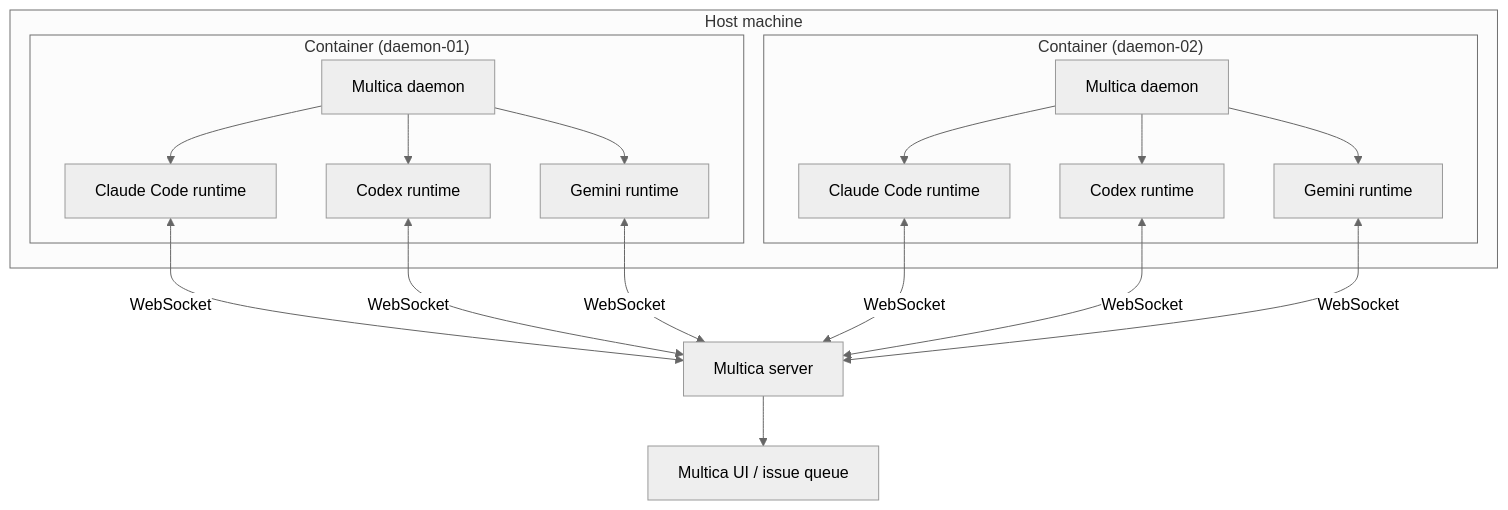
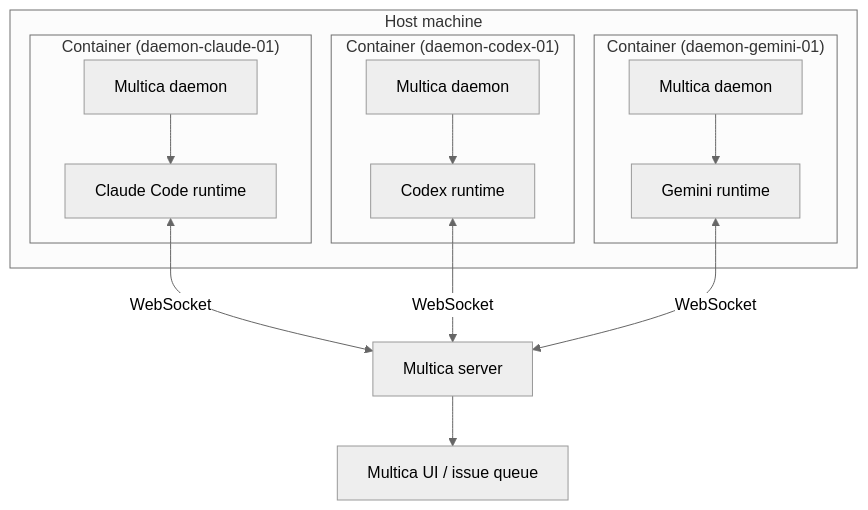
One commit to ovhemert/multica-daemon changed the diagram in docs/architecture.md. Above: the diagram before and after it, drawn with Mermaid (neutral theme). The commit also changed other lines of this file and 15 other files, not shown here.

````diff
--- a/docs/architecture.md
+++ b/docs/architecture.md
@@ -5,20 +5,20 @@
 ```mermaid
 graph TD
     subgraph Host["Host machine"]
-        subgraph C1["Container (daemon-01)"]
+        subgraph C1["Container (daemon-claude-01)"]
             D1[Multica daemon]
             D1 --> R1[Claude Code runtime]
-            D1 --> R2[Codex runtime]
-            D1 --> R3[Gemini runtime]
         end
-        subgraph C2["Container (daemon-02)"]
+        subgraph C2["Container (daemon-codex-01)"]
             D2[Multica daemon]
-            D2 --> R4[Claude Code runtime]
-            D2 --> R5[Codex runtime]
-            D2 --> R6[Gemini runtime]
+            D2 --> R2[Codex runtime]
+        end
+        subgraph C3["Container (daemon-gemini-01)"]
+            D3[Multica daemon]
+            D3 --> R3[Gemini runtime]
         end
     end
 
-    R1 & R2 & R3 & R4 & R5 & R6 <-->|WebSocket| API[Multica server]
+    R1 & R2 & R3 <-->|WebSocket| API[Multica server]
     API --> UI[Multica UI / issue queue]
 ```
````
